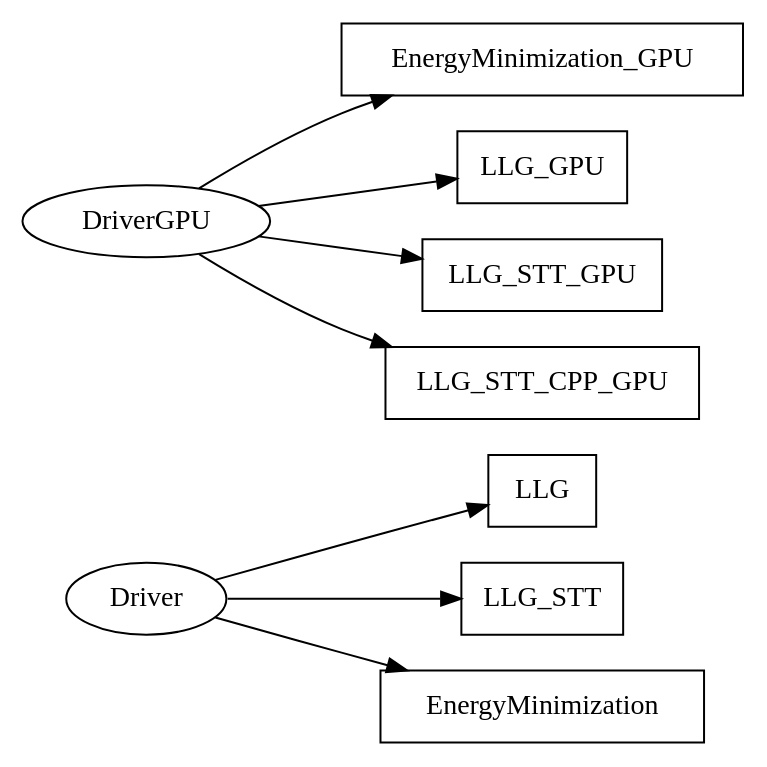
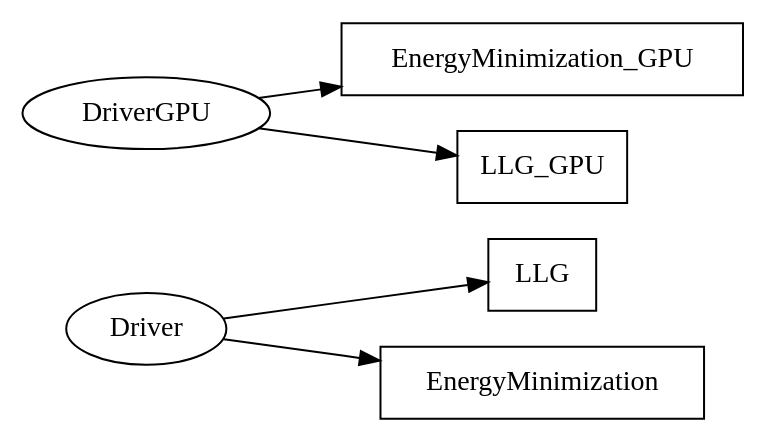
Before and after one commit to MagneticSimulation/MicroMagnetic.jl: the diagram in docs/src/scripts/driver.gv, drawn with Graphviz. The commit also changed 6 other files, not shown here.

Commit message:
docs: migrate std5/skyrmion_stt tutorials to add_stt after driver removal

```diff
--- a/docs/src/scripts/driver.gv
+++ b/docs/src/scripts/driver.gv
@@ -1,19 +1,13 @@
 digraph G {
   rankdir=LR
 	Driver
 	LLG [shape=box]
-	LLG_STT [shape=box]
 	EnergyMinimization [shape=box]
 	Driver -> LLG
-	Driver -> LLG_STT
 	Driver -> EnergyMinimization
   DriverGPU
 	EnergyMinimization_GPU [shape=box]
 	LLG_GPU [shape=box]
-	LLG_STT_GPU [shape=box]
-	LLG_STT_CPP_GPU [shape=box]
 	DriverGPU -> LLG_GPU
-	DriverGPU -> LLG_STT_GPU
-	DriverGPU -> LLG_STT_CPP_GPU
 	DriverGPU -> EnergyMinimization_GPU
 }
```
